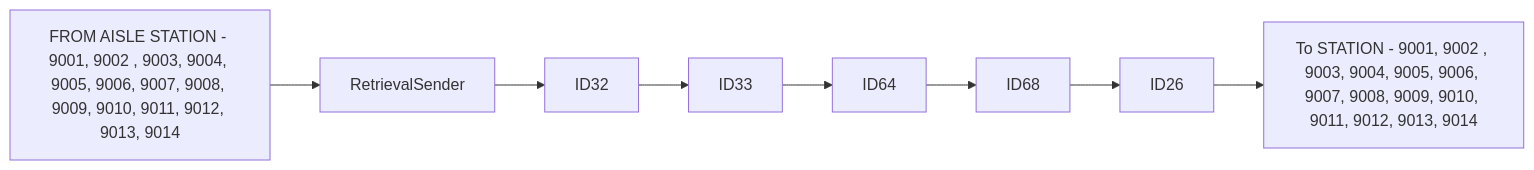
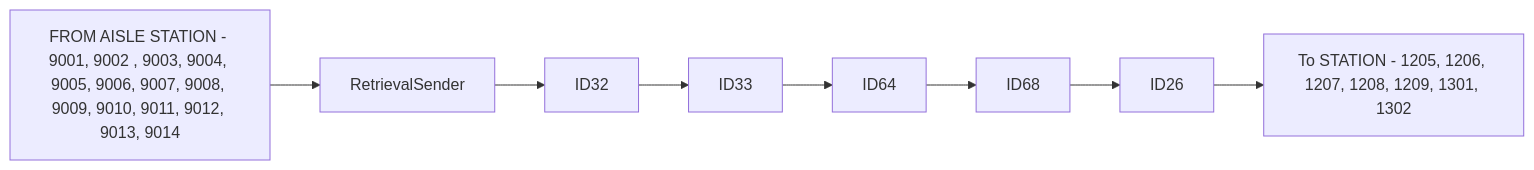
The diagram in Basic-Design/DFD-WMS/Retrieval/Unplanned-Retrieval-from-HP-Area.md (luthfiadityaa/SimeDarby-Wiki), drawn with Mermaid before and after one commit.

Commit message:
Updated Unplanned Retrieval from HP Area

```diff
--- a/Basic-Design/DFD-WMS/Retrieval/Unplanned-Retrieval-from-HP-Area.md
+++ b/Basic-Design/DFD-WMS/Retrieval/Unplanned-Retrieval-from-HP-Area.md
@@ -5,5 +5,5 @@
 ::: mermaid
 flowchart LR
   
-P1[FROM AISLE STATION - 9001, 9002 , 9003, 9004, 9005, 9006, 9007, 9008, 9009, 9010, 9011, 9012, 9013, 9014]-->P2[RetrievalSender]-->P3[ID32]-->P4[ID33]-->P5[ID64]-->P6[ID68]-->P7[ID26]-->P8[To STATION - 9001, 9002 , 9003, 9004, 9005, 9006, 9007, 9008, 9009, 9010, 9011, 9012, 9013, 9014] 
+P1[FROM AISLE STATION - 9001, 9002 , 9003, 9004, 9005, 9006, 9007, 9008, 9009, 9010, 9011, 9012, 9013, 9014]-->P2[RetrievalSender]-->P3[ID32]-->P4[ID33]-->P5[ID64]-->P6[ID68]-->P7[ID26]-->P8[To STATION - 1205, 1206, 1207, 1208, 1209, 1301, 1302] 
 :::
```
